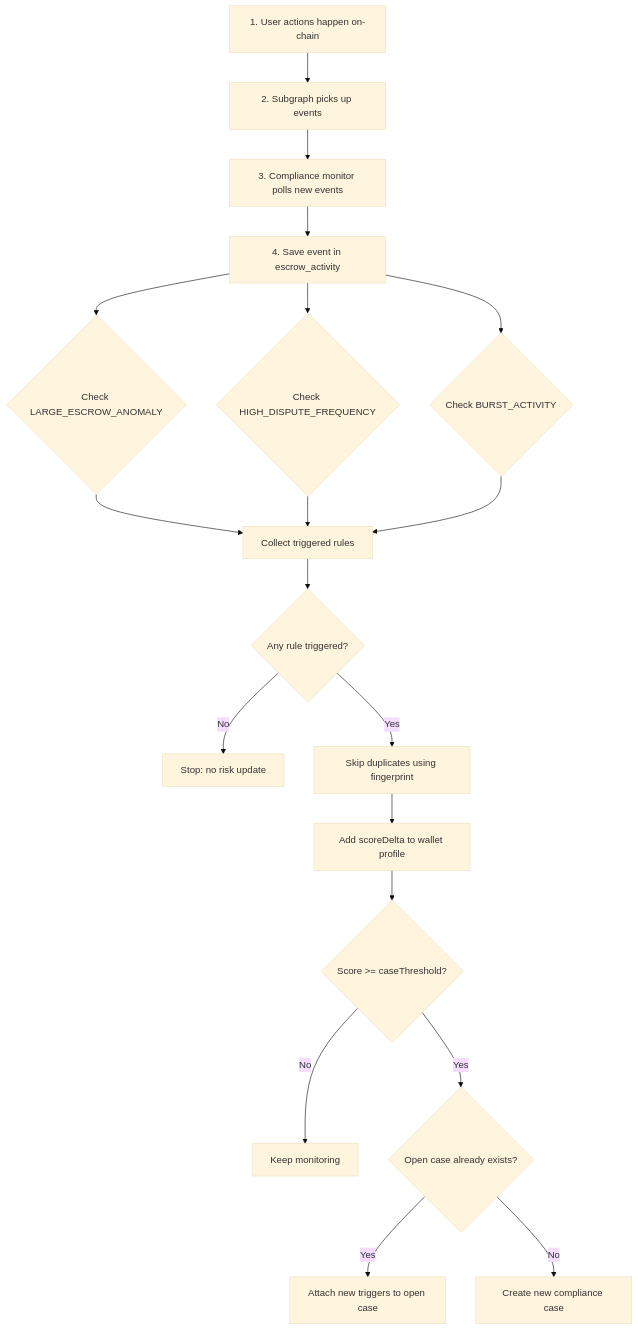
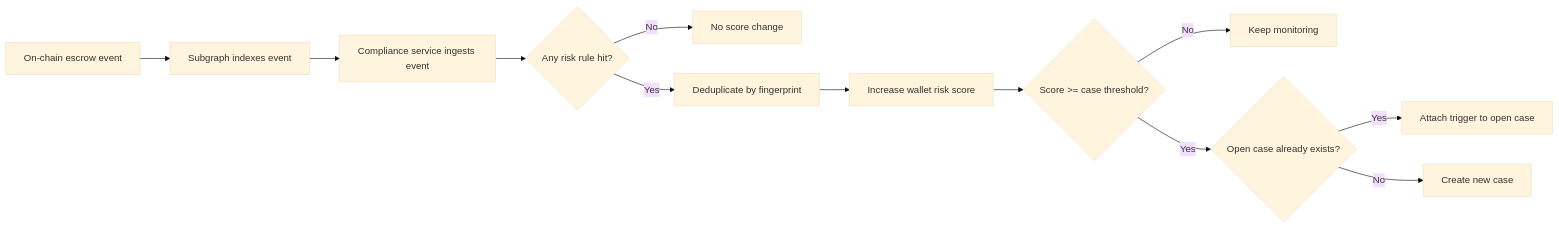
Before and after one commit to neozhixuan/fr33: the third of 8 diagrams in README.md, drawn with Mermaid (base theme). The commit also changed other lines of this file, not shown here.

````diff
--- a/README.md
+++ b/README.md
@@ -74,25 +74,14 @@
 ```mermaid
-flowchart TD
-  E[1. User actions happen on-chain] --> SG[2. Subgraph picks up events]
-  SG --> MON[3. Compliance monitor polls new events]
-  MON --> INGEST[4. Save event in escrow_activity]
-
-  INGEST --> R1{Check LARGE_ESCROW_ANOMALY}
-  INGEST --> R2{Check HIGH_DISPUTE_FREQUENCY}
-  INGEST --> R3{Check BURST_ACTIVITY}
-
-  R1 --> COLLECT[Collect triggered rules]
-  R2 --> COLLECT
-  R3 --> COLLECT
-
-  COLLECT --> ANY{Any rule triggered?}
-  ANY -->|No| STOP[Stop: no risk update]
-  ANY -->|Yes| DEDUPE[Skip duplicates using fingerprint]
-
-  DEDUPE --> SCORE[Add scoreDelta to wallet profile]
-  SCORE --> CASECHK{Score >= caseThreshold?}
-  CASECHK -->|No| WATCH[Keep monitoring]
-  CASECHK -->|Yes| OPENCHK{Open case already exists?}
-  OPENCHK -->|Yes| ATTACH[Attach new triggers to open case]
-  OPENCHK -->|No| OPEN[Create new compliance case]
+flowchart LR
+  E[On-chain escrow event] --> SG[Subgraph indexes event]
+  SG --> ING[Compliance service ingests event]
+  ING --> RULES{Any risk rule hit?}
+  RULES -->|No| END1[No score change]
+  RULES -->|Yes| FP[Deduplicate by fingerprint]
+  FP --> SCORE[Increase wallet risk score]
+  SCORE --> TH{Score >= case threshold?}
+  TH -->|No| END2[Keep monitoring]
+  TH -->|Yes| OC{Open case already exists?}
+  OC -->|Yes| ATTACH[Attach trigger to open case]
+  OC -->|No| OPEN[Create new case]
 ```
````
